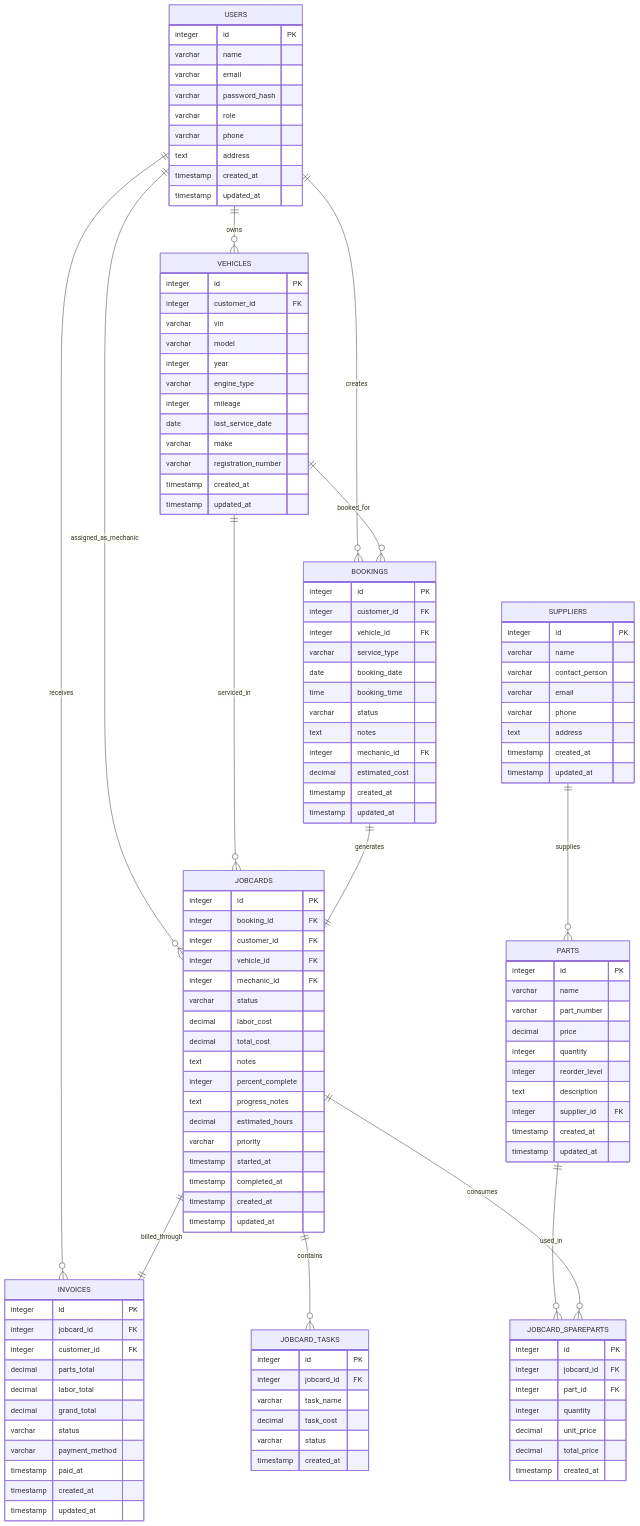
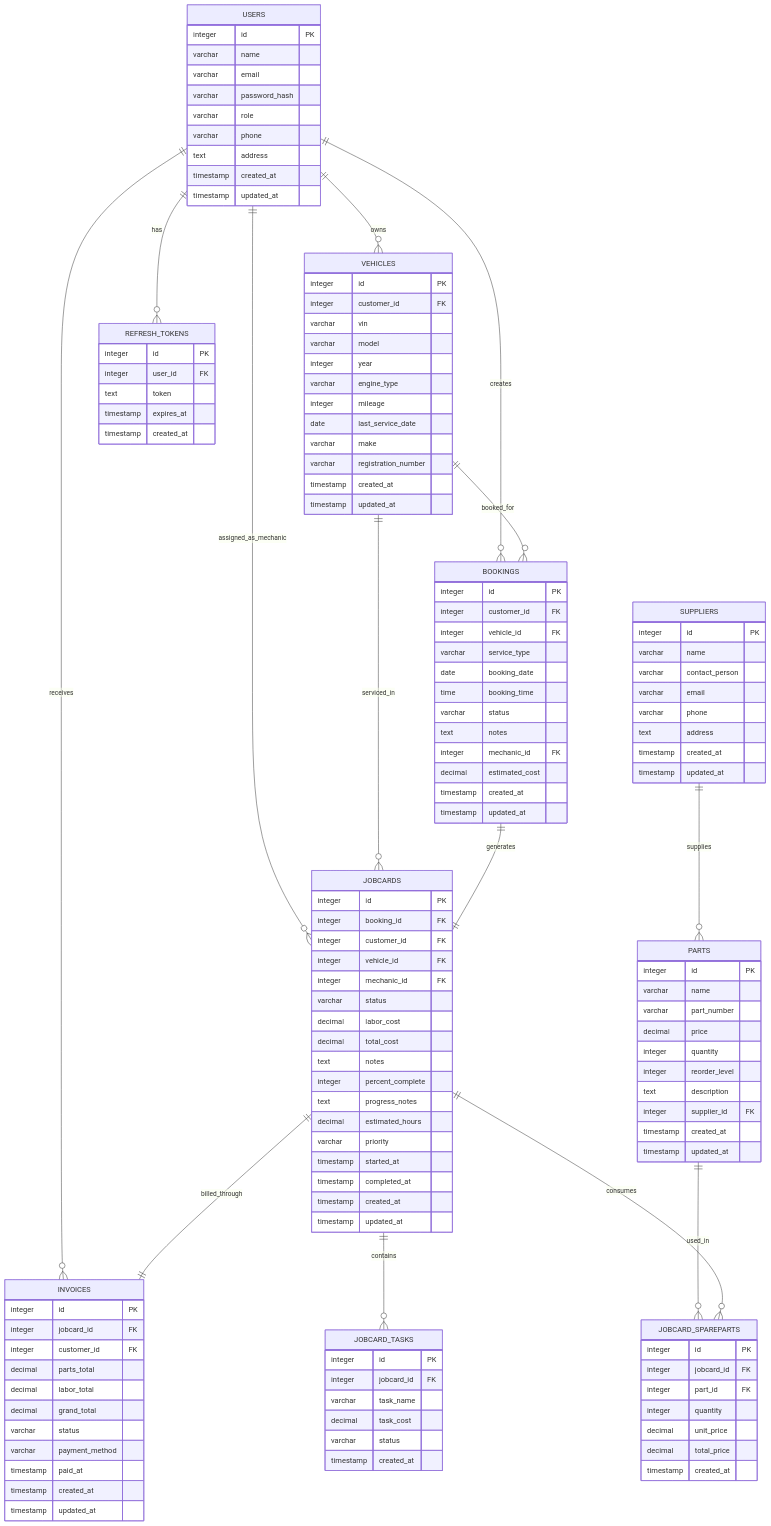
Before and after one commit to PrathameshJadhav30/Smart-Vehicle-Maintenance-and-Service-Management-System: the diagram in DATABASE_SCHEMA.md, drawn with Mermaid. The commit also changed other lines of this file, not shown here.

````diff
--- a/DATABASE_SCHEMA.md
+++ b/DATABASE_SCHEMA.md
@@ -10,6 +10,7 @@
     USERS ||--o{ BOOKINGS : creates
     USERS ||--o{ JOBCARDS : assigned_as_mechanic
     USERS ||--o{ INVOICES : receives
+    USERS ||--o{ REFRESH_TOKENS : has
     VEHICLES ||--o{ BOOKINGS : booked_for
     VEHICLES ||--o{ JOBCARDS : serviced_in
     BOOKINGS ||--|| JOBCARDS : generates
@@ -137,4 +138,12 @@
         timestamp created_at
         timestamp updated_at
     }
+    
+    REFRESH_TOKENS {
+        integer id PK
+        integer user_id FK
+        text token
+        timestamp expires_at
+        timestamp created_at
+    }
 ```
````
